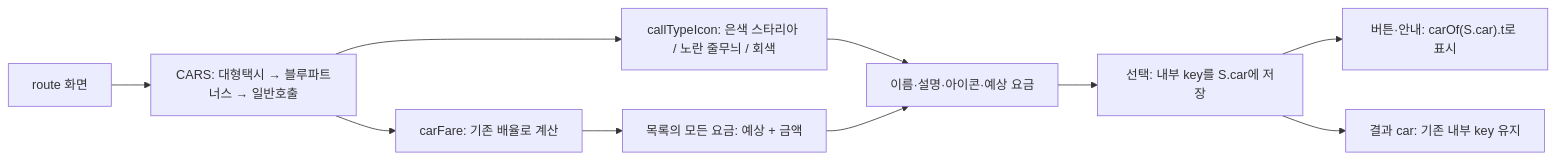
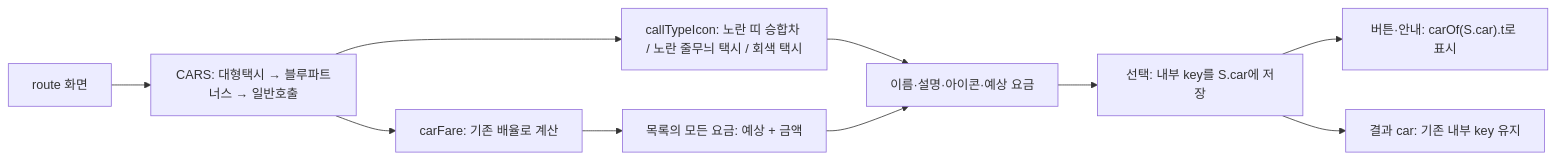
Before and after one commit to PLAUROS/kimhyoeun-redesign: the third of 6 diagrams in PIPELINE.md, drawn with Mermaid. The commit also changed other lines of this file, not shown here.

First line of the commit message:
docs: correct PIPELINE.md against the code and the new large taxi icon

````diff
--- a/PIPELINE.md
+++ b/PIPELINE.md
@@ -78,12 +78,12 @@
 ```mermaid
 flowchart LR
   R["route 화면"] --> C["CARS: 대형택시 → 블루파트너스 → 일반호출"]
-  C --> I["callTypeIcon: 은색 스타리아 / 노란 줄무늬 / 회색"]
+  C --> I["callTypeIcon: 노란 띠 승합차 / 노란 줄무늬 택시 / 회색 택시"]
   C --> F["carFare: 기존 배율로 계산"]
   F --> T["목록의 모든 요금: 예상 + 금액"]
   I --> UI["이름·설명·아이콘·예상 요금"]
   T --> UI
   UI --> Pick["선택: 내부 key를 S.car에 저장"]
   Pick --> Label["버튼·안내: carOf(S.car).t로 표시"]
   Pick --> Report["결과 car: 기존 내부 key 유지"]
 ```
````
